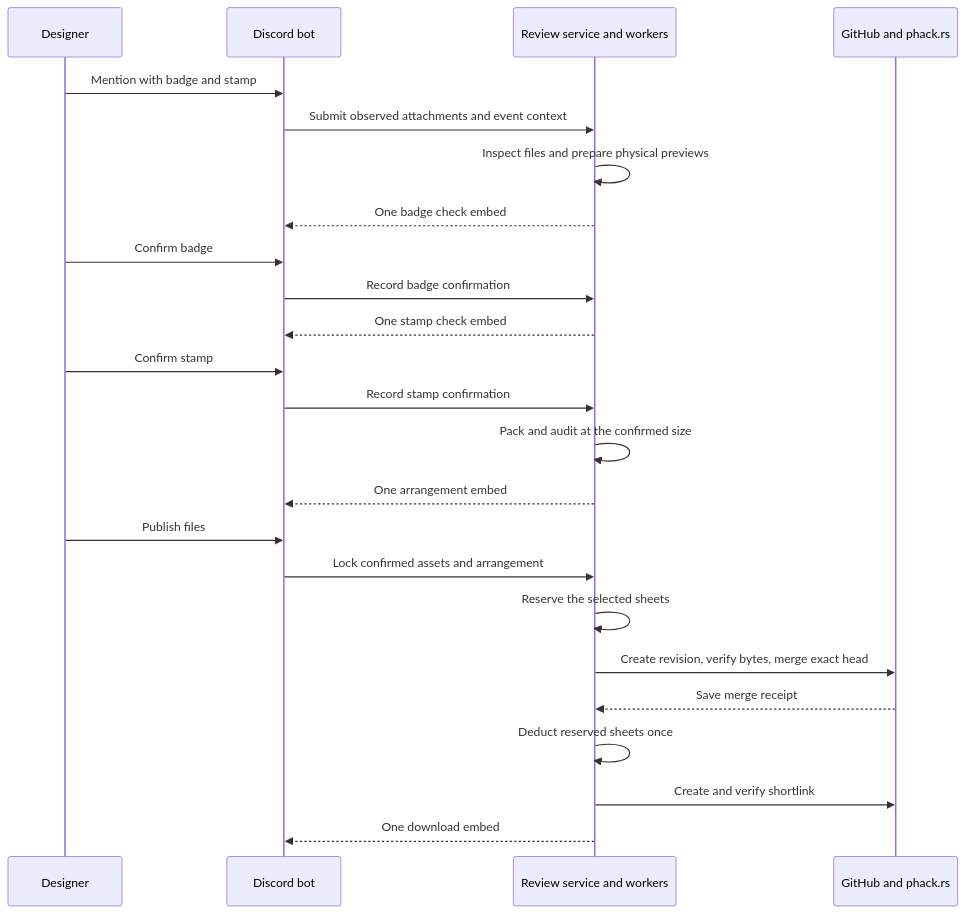
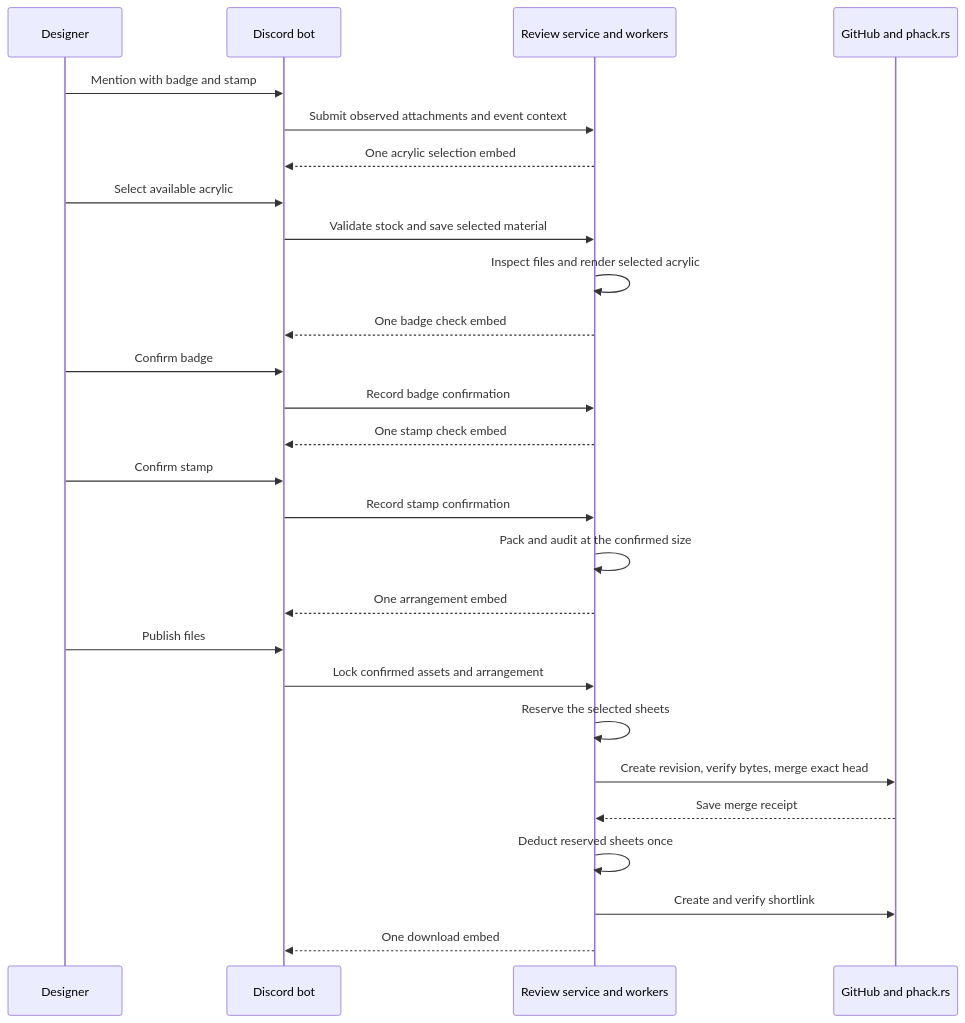
One commit to purduehackers/wack-hacker changed the second of 2 diagrams in docs/badge-review.md. Above: the diagram before and after it, drawn with Mermaid. The commit also changed other lines of this file and 17 other files, not shown here.

Commit message:
Select badge material before preview and show verified file checks

````diff
--- a/docs/badge-review.md
+++ b/docs/badge-review.md
@@ -106,26 +109,29 @@
 ```mermaid
 sequenceDiagram
   participant D as Designer
   participant B as Discord bot
   participant S as Review service and workers
   participant G as GitHub and phack.rs
   D->>B: Mention with badge and stamp
   B->>S: Submit observed attachments and event context
-  S->>S: Inspect files and prepare physical previews
+  S-->>B: One acrylic selection embed
+  D->>B: Select available acrylic
+  B->>S: Validate stock and save selected material
+  S->>S: Inspect files and render selected acrylic
   S-->>B: One badge check embed
   D->>B: Confirm badge
   B->>S: Record badge confirmation
   S-->>B: One stamp check embed
   D->>B: Confirm stamp
   B->>S: Record stamp confirmation
   S->>S: Pack and audit at the confirmed size
   S-->>B: One arrangement embed
   D->>B: Publish files
   B->>S: Lock confirmed assets and arrangement
   S->>S: Reserve the selected sheets
   S->>G: Create revision, verify bytes, merge exact head
   G-->>S: Save merge receipt
   S->>S: Deduct reserved sheets once
   S->>G: Create and verify shortlink
   S-->>B: One download embed
 ```
````
